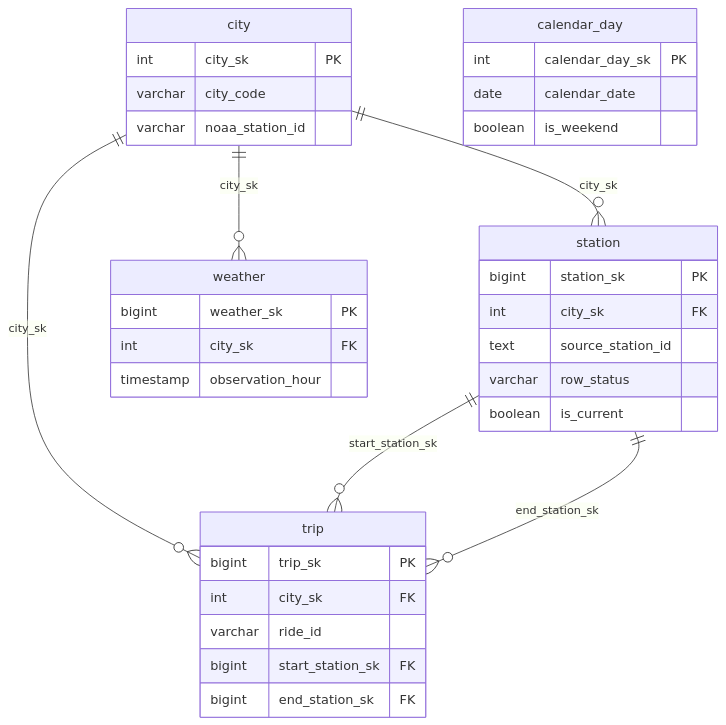
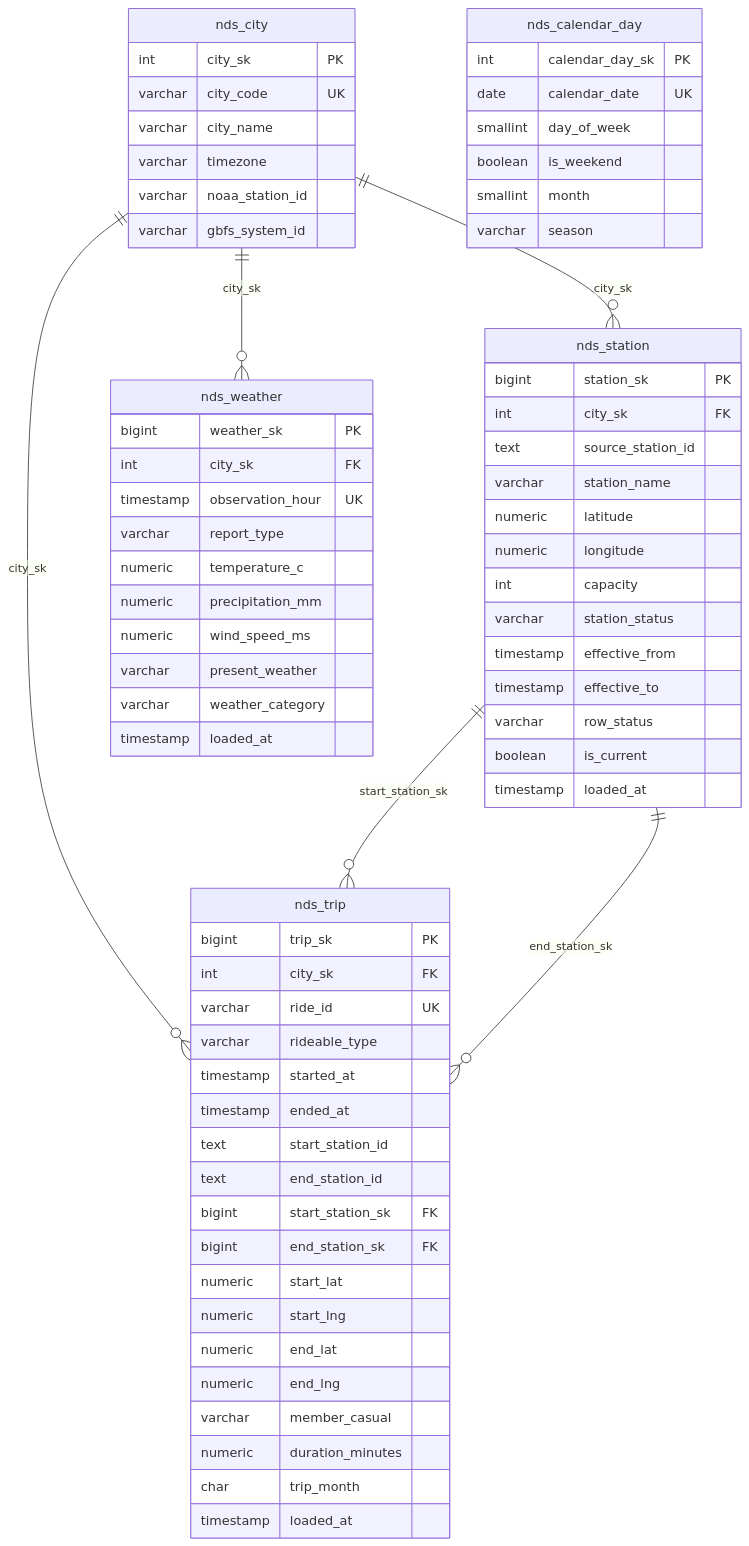
The fifth of 6 diagrams in 4_Official_Hop_Project/README.md (1653072/hcmus-master-is-bi), drawn with Mermaid before and after one commit. The commit also changed other lines of this file, not shown here.

````diff
--- a/4_Official_Hop_Project/README.md
+++ b/4_Official_Hop_Project/README.md
@@ -683,37 +772,71 @@
 ```mermaid
 erDiagram
-  city ||--o{ station : city_sk
-  city ||--o{ trip : city_sk
-  city ||--o{ weather : city_sk
-  station ||--o{ trip : start_station_sk
-  station ||--o{ trip : end_station_sk
-  city {
+  nds_city ||--o{ nds_station : city_sk
+  nds_city ||--o{ nds_trip : city_sk
+  nds_city ||--o{ nds_weather : city_sk
+  nds_station ||--o{ nds_trip : start_station_sk
+  nds_station ||--o{ nds_trip : end_station_sk
+  nds_city {
     int city_sk PK
-    varchar city_code
+    varchar city_code UK
+    varchar city_name
+    varchar timezone
     varchar noaa_station_id
+    varchar gbfs_system_id
   }
-  station {
+  nds_station {
     bigint station_sk PK
     int city_sk FK
     text source_station_id
+    varchar station_name
+    numeric latitude
+    numeric longitude
+    int capacity
+    varchar station_status
+    timestamp effective_from
+    timestamp effective_to
     varchar row_status
     boolean is_current
+    timestamp loaded_at
   }
-  calendar_day {
+  nds_calendar_day {
     int calendar_day_sk PK
-    date calendar_date
+    date calendar_date UK
+    smallint day_of_week
     boolean is_weekend
+    smallint month
+    varchar season
   }
-  weather {
+  nds_weather {
     bigint weather_sk PK
     int city_sk FK
-    timestamp observation_hour
+    timestamp observation_hour UK
+    varchar report_type
+    numeric temperature_c
+    numeric precipitation_mm
+    numeric wind_speed_ms
+    varchar present_weather
+    varchar weather_category
+    timestamp loaded_at
   }
-  trip {
+  nds_trip {
     bigint trip_sk PK
     int city_sk FK
-    varchar ride_id
+    varchar ride_id UK
+    varchar rideable_type
+    timestamp started_at
+    timestamp ended_at
+    text start_station_id
+    text end_station_id
     bigint start_station_sk FK
     bigint end_station_sk FK
+    numeric start_lat
+    numeric start_lng
+    numeric end_lat
+    numeric end_lng
+    varchar member_casual
+    numeric duration_minutes
+    char trip_month
+    timestamp loaded_at
   }
 ```
````
